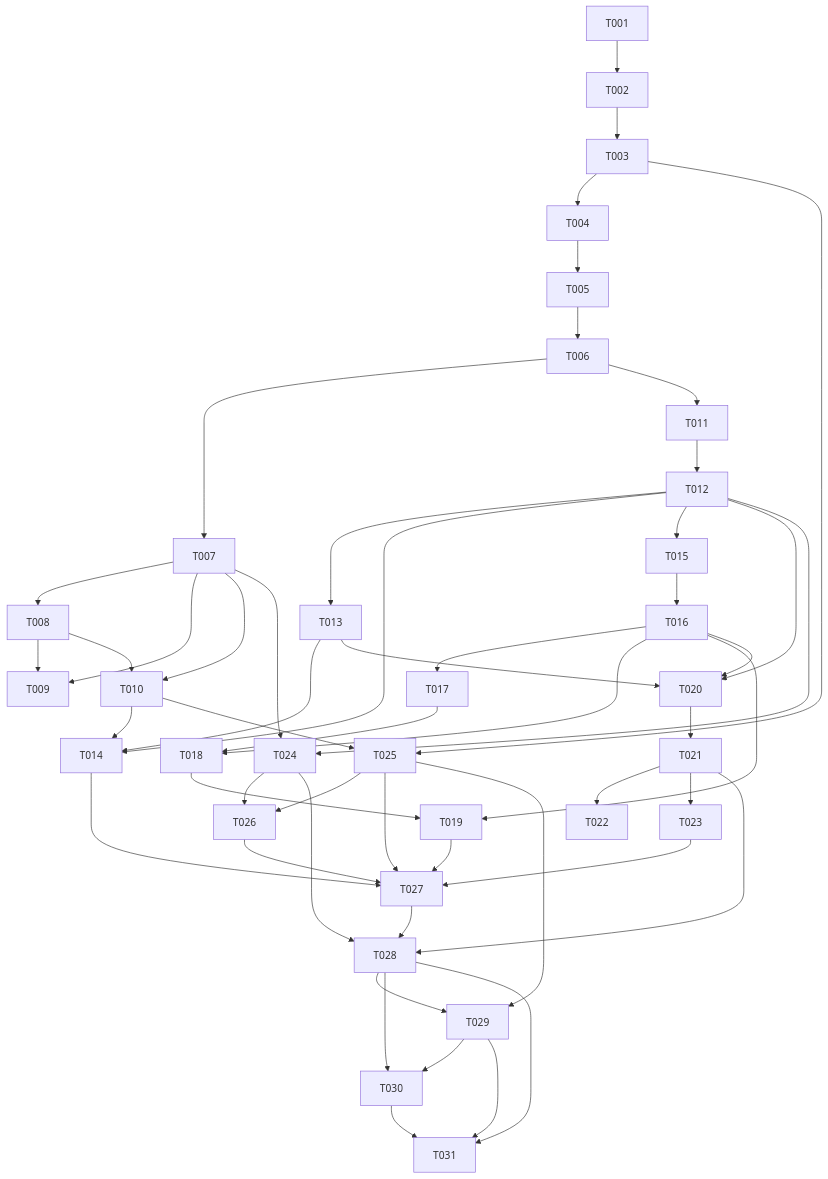
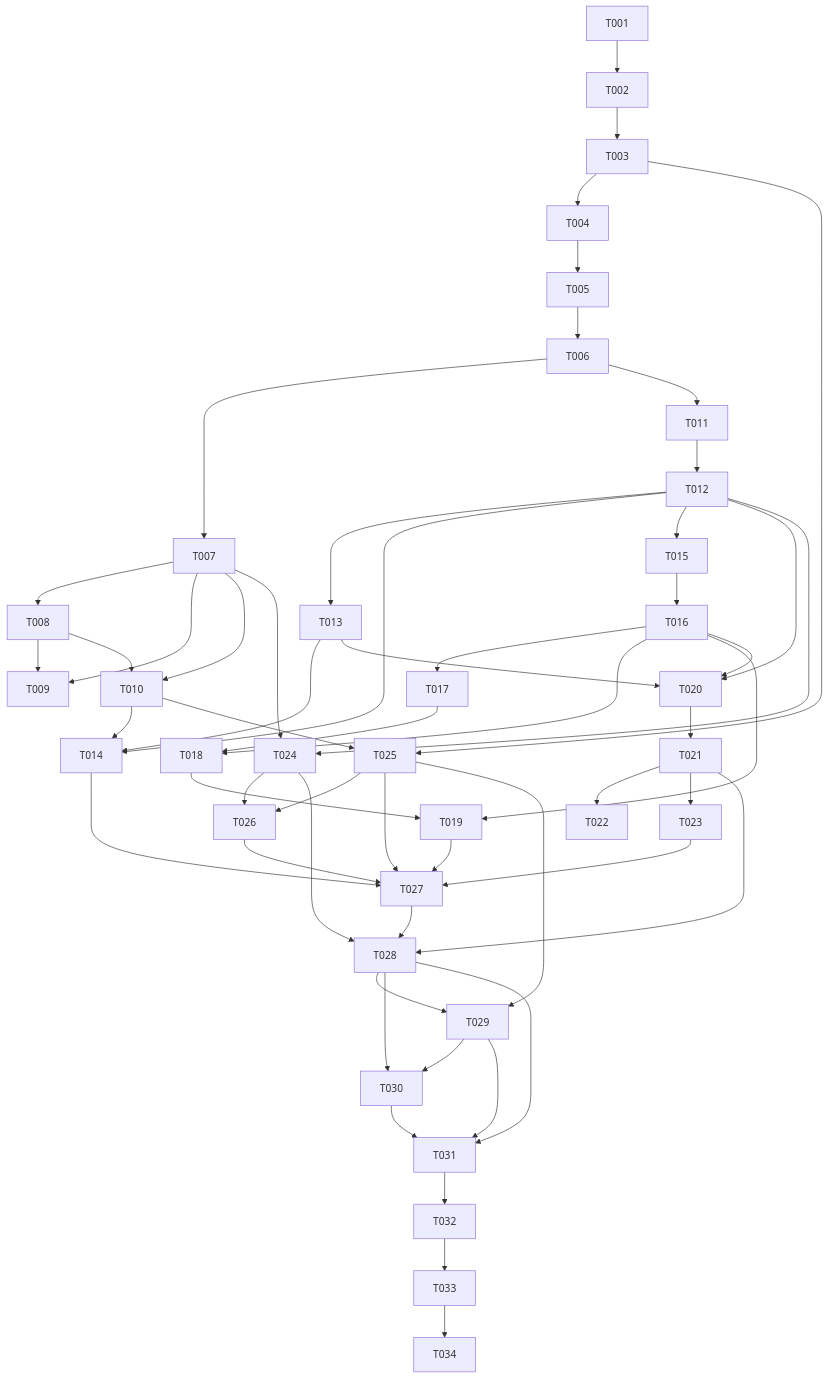
One commit to Gyu-bot/kinlayer changed the diagram in implementation-plan.md. Above: the diagram before and after it, drawn with Mermaid. The commit also changed other lines of this file, not shown here.

````diff
--- a/implementation-plan.md
+++ b/implementation-plan.md
@@ -613,45 +675,46 @@
 ```mermaid
 flowchart TD
   T001 --> T002 --> T003 --> T004 --> T005
   T005 --> T006
   T006 --> T007 --> T008
   T007 --> T009
   T008 --> T009
   T007 --> T010
   T008 --> T010
   T006 --> T011 --> T012 --> T013
   T010 --> T014
   T012 --> T014
   T013 --> T014
   T012 --> T015 --> T016 --> T017
   T016 --> T018
   T017 --> T018
   T016 --> T019
   T018 --> T019
   T012 --> T020
   T013 --> T020
   T016 --> T020
   T020 --> T021 --> T022
   T021 --> T023
   T007 --> T024
   T012 --> T024
   T003 --> T025
   T010 --> T025
   T024 --> T026
   T025 --> T026
   T014 --> T027
   T019 --> T027
   T023 --> T027
   T025 --> T027
   T026 --> T027
   T021 --> T028
   T024 --> T028
   T027 --> T028
   T025 --> T029
   T028 --> T029
   T028 --> T030
   T029 --> T030
   T028 --> T031
   T029 --> T031
   T030 --> T031
+  T031 --> T032 --> T033 --> T034
 ```
````
